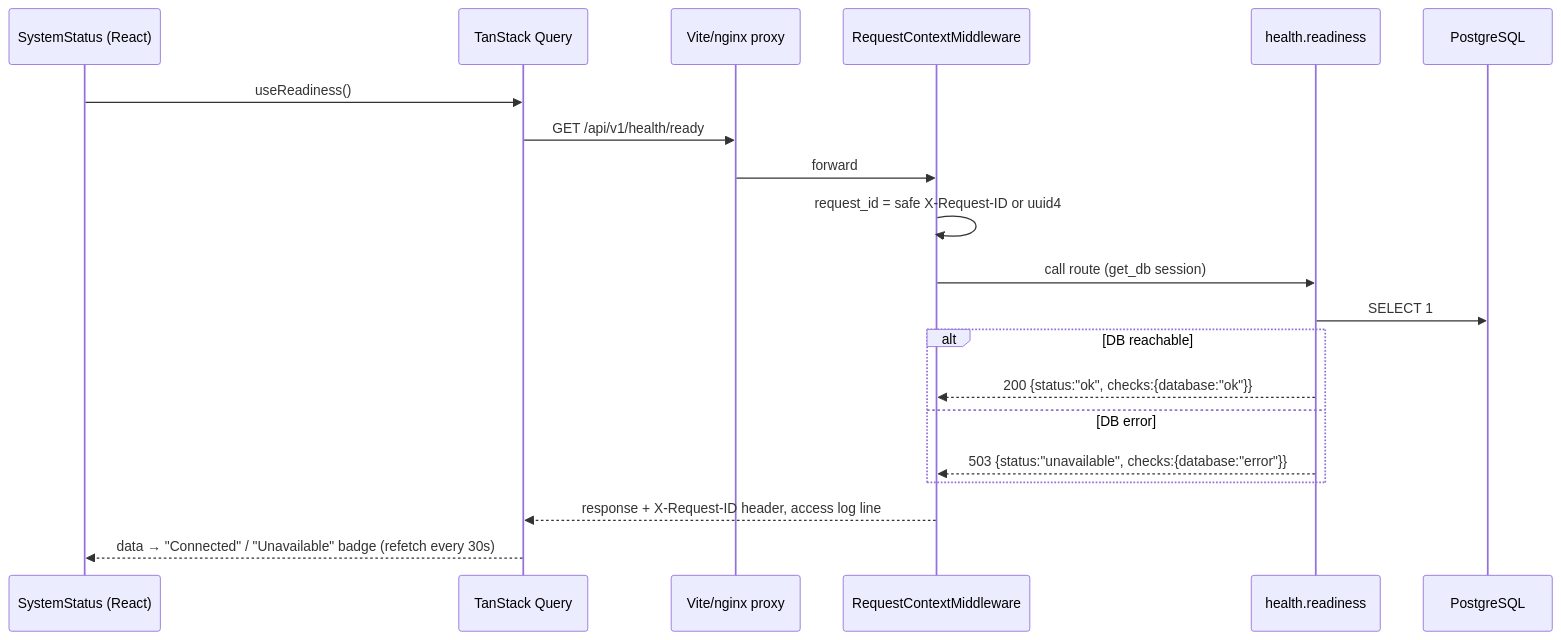
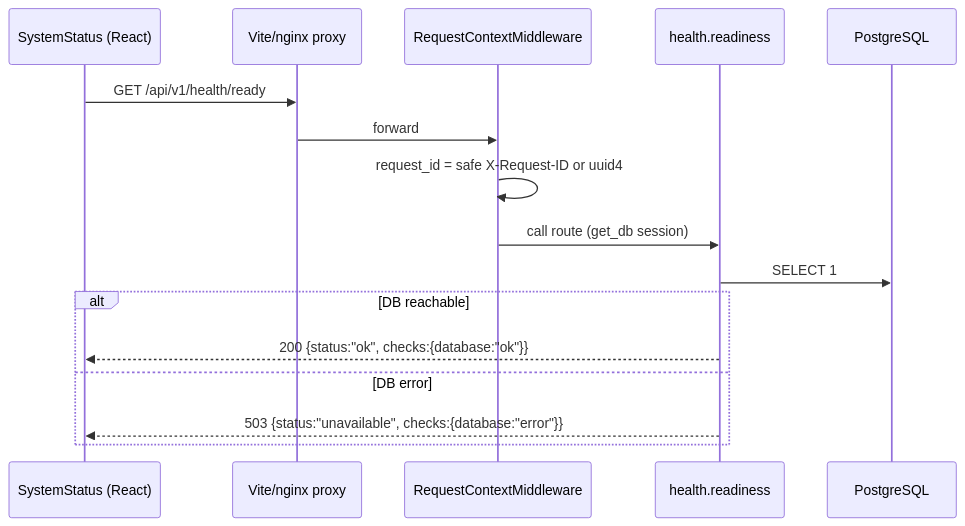
One commit to unknownMagician/finsight changed the second of 5 diagrams in SYSTEM_FLOW.md. Above: the diagram before and after it, drawn with Mermaid. The commit also changed other lines of this file and 47 other files, not shown here.

````diff
--- a/SYSTEM_FLOW.md
+++ b/SYSTEM_FLOW.md
@@ -139,23 +143,18 @@
 ```mermaid
 sequenceDiagram
     participant UI as SystemStatus (React)
-    participant Q as TanStack Query
     participant P as Vite/nginx proxy
     participant M as RequestContextMiddleware
     participant H as health.readiness
     participant DB as PostgreSQL
-
-    UI->>Q: useReadiness()
-    Q->>P: GET /api/v1/health/ready
+    UI->>P: GET /api/v1/health/ready
     P->>M: forward
     M->>M: request_id = safe X-Request-ID or uuid4
     M->>H: call route (get_db session)
     H->>DB: SELECT 1
     alt DB reachable
-        H-->>M: 200 {status:"ok", checks:{database:"ok"}}
+        H-->>UI: 200 {status:"ok", checks:{database:"ok"}}
     else DB error
-        H-->>M: 503 {status:"unavailable", checks:{database:"error"}}
+        H-->>UI: 503 {status:"unavailable", checks:{database:"error"}}
     end
-    M-->>Q: response + X-Request-ID header, access log line
-    Q-->>UI: data → "Connected" / "Unavailable" badge (refetch every 30s)
 ```
````
